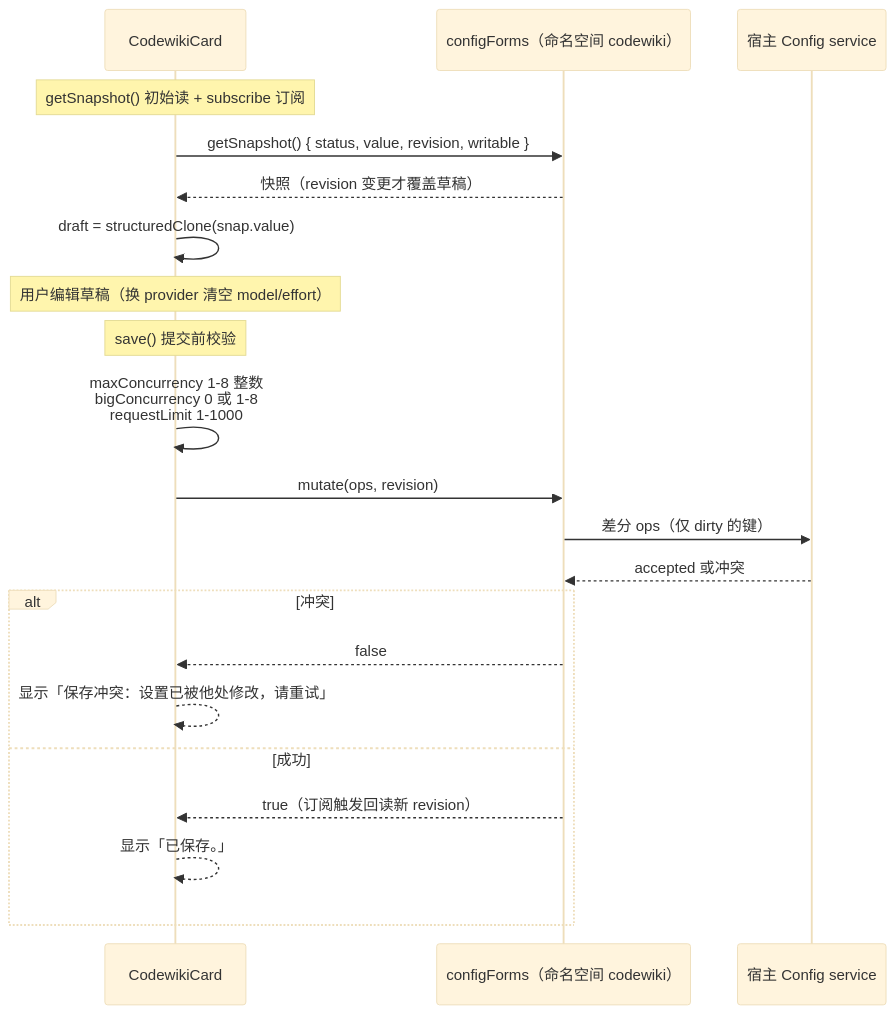
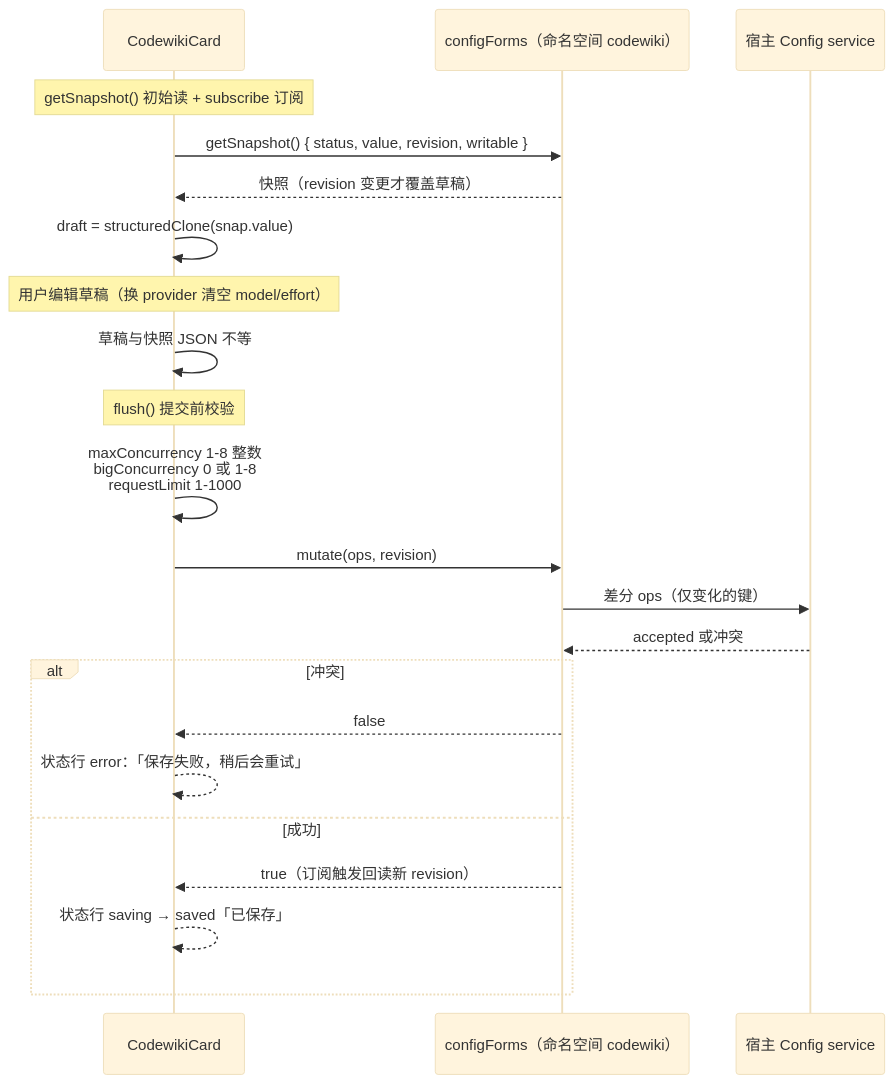
Before and after one commit to ikliml666/dsh-codewiki: the fifth of 5 diagrams in .codewiki/_native-state/docs/client_panel_ui.md, drawn with Mermaid (base theme). The commit also changed other lines of this file and 13 other files, not shown here.

````diff
--- a/.codewiki/_native-state/docs/client_panel_ui.md
+++ b/.codewiki/_native-state/docs/client_panel_ui.md
@@ -182,24 +182,25 @@
 ```mermaid
 sequenceDiagram
   participant C as CodewikiCard
   participant F as configForms（命名空间 codewiki）
   participant H as 宿主 Config service
 
   Note over C: getSnapshot() 初始读 + subscribe 订阅
   C->>F: getSnapshot() { status, value, revision, writable }
   F-->>C: 快照（revision 变更才覆盖草稿）
   C->>C: draft = structuredClone(snap.value)
   Note over C: 用户编辑草稿（换 provider 清空 model/effort）
-  Note over C: save() 提交前校验
+  C->>C: 草稿与快照 JSON 不等#59 scheduleSave 排 500ms 防抖
+  Note over C: flush() 提交前校验
   C->>C: maxConcurrency 1-8 整数<br/>bigConcurrency 0 或 1-8<br/>requestLimit 1-1000
   C->>F: mutate(ops, revision)
-  F->>H: 差分 ops（仅 dirty 的键）
+  F->>H: 差分 ops（仅变化的键）
   H-->>F: accepted 或冲突
   alt 冲突
     F-->>C: false
-    C-->>C: 显示「保存冲突：设置已被他处修改，请重试」
+    C-->>C: 状态行 error：「保存失败，稍后会重试」
   else 成功
     F-->>C: true（订阅触发回读新 revision）
-    C-->>C: 显示「已保存。」
+    C-->>C: 状态行 saving → saved「已保存」
   end
 ```
````
